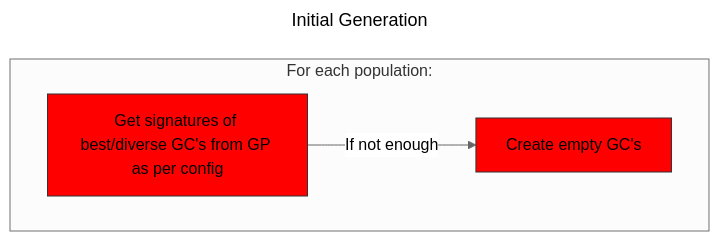
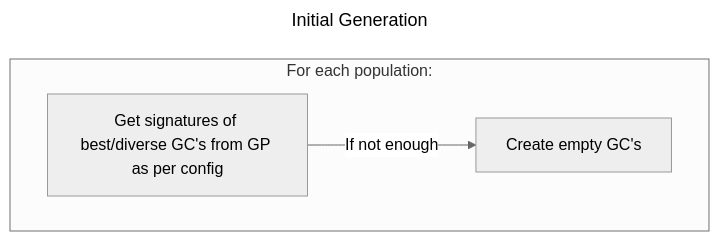
The third of 5 diagrams in egppy/egppy/worker/docs/workflow.md (Shapedsundew9/erasmus-gp), drawn with Mermaid (neutral theme) before and after one commit. The commit also changed other lines of this file and 22 other files, not shown here.

````diff
--- a/egppy/egppy/worker/docs/workflow.md
+++ b/egppy/egppy/worker/docs/workflow.md
@@ -56,14 +56,14 @@
 ```mermaid
 ---
 title: Initial Generation
 ---
 
 flowchart TB
     subgraph PP["For each population:"]
-        PB["Get signatures of best/diverse GC's from GP as per config"]:::red
-        PB --> |If not enough|CE["Create empty GC's"]:::red
+        PB["Get signatures of best/diverse GC's from GP as per config"]
+        PB --> |If not enough|CE["Create empty GC's"]
     end 
     classDef lightgrey fill:#888888,stroke:#333,stroke-width:3px
     classDef red fill:#FF0000,stroke:#333,stroke-width:1px
     classDef blue fill:#0000FF,stroke:#333,stroke-width:1px
 ```
````
